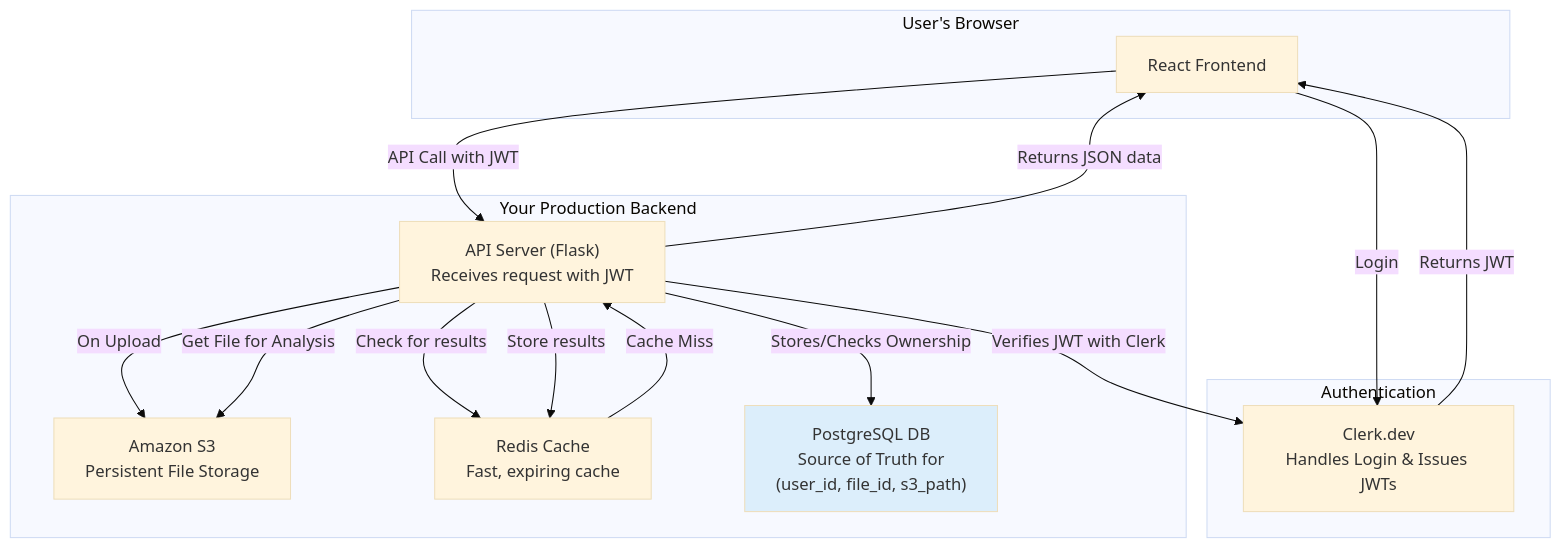
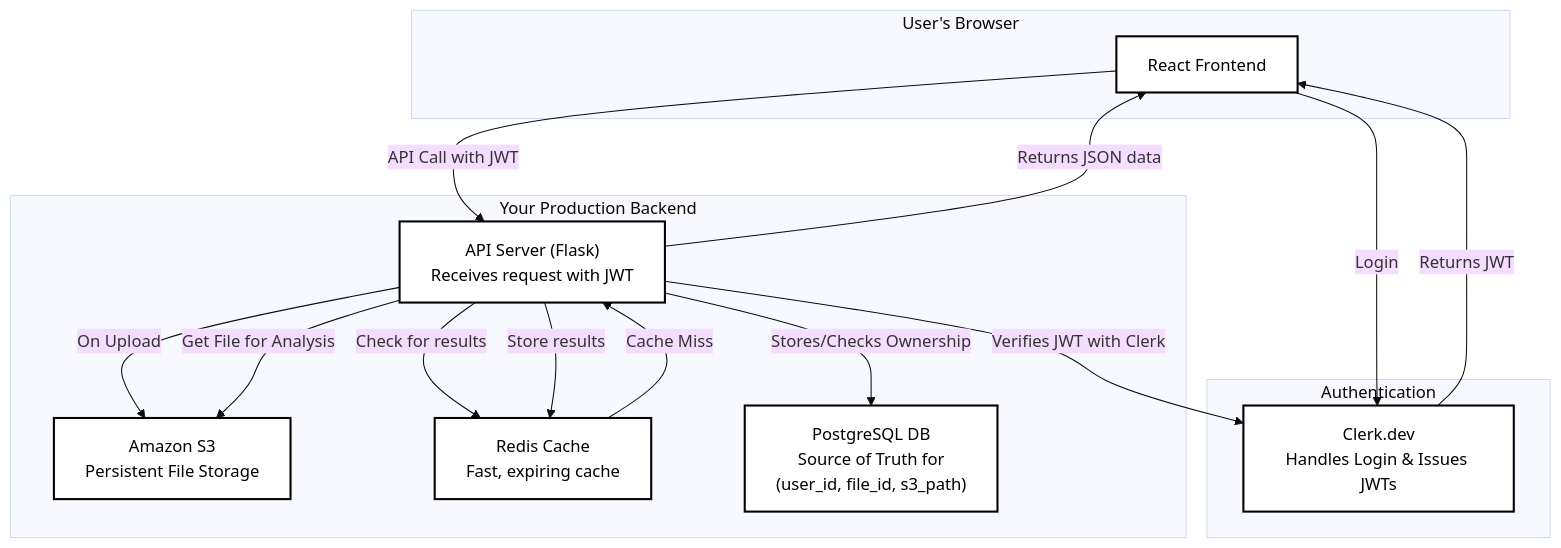
One commit to elliotrosen20/whoop-extended changed the diagram in documentation/secure_workflow.md. Above: the diagram before and after it, drawn with Mermaid (base theme).

````diff
--- a/documentation/secure_workflow.md
+++ b/documentation/secure_workflow.md
@@ -75,27 +75,28 @@
 ```mermaid
 graph TD
     subgraph "User's Browser"
         A["React Frontend"]
     end
 
     subgraph "Authentication"
         B["Clerk.dev<br/>Handles Login & Issues JWTs"]
     end
 
     subgraph "Your Production Backend"
         C["API Server (Flask)<br/>Receives request with JWT"] -->|Verifies JWT with Clerk| B
         C -->|On Upload| D["Amazon S3<br/>Persistent File Storage"]
         C -->|Check for results| E["Redis Cache<br/>Fast, expiring cache"]
         E -->|Cache Miss| C
         C -->|Get File for Analysis| D
         C -->|Store results| E
         C -->|Stores/Checks Ownership| F["PostgreSQL DB<br/>Source of Truth for<br/>(user_id, file_id, s3_path)"]
     end
     
     A -->|Login| B
     B -->|Returns JWT| A
     A -->|API Call with JWT| C
     C -->|Returns JSON data| A
 
-    style F fill:#dceefb
+    classDef whiteBox fill:#ffffff,stroke:#000,stroke-width:2px,color:#000;
+    class A,B,C,D,E,F whiteBox;
 ``` 
````
